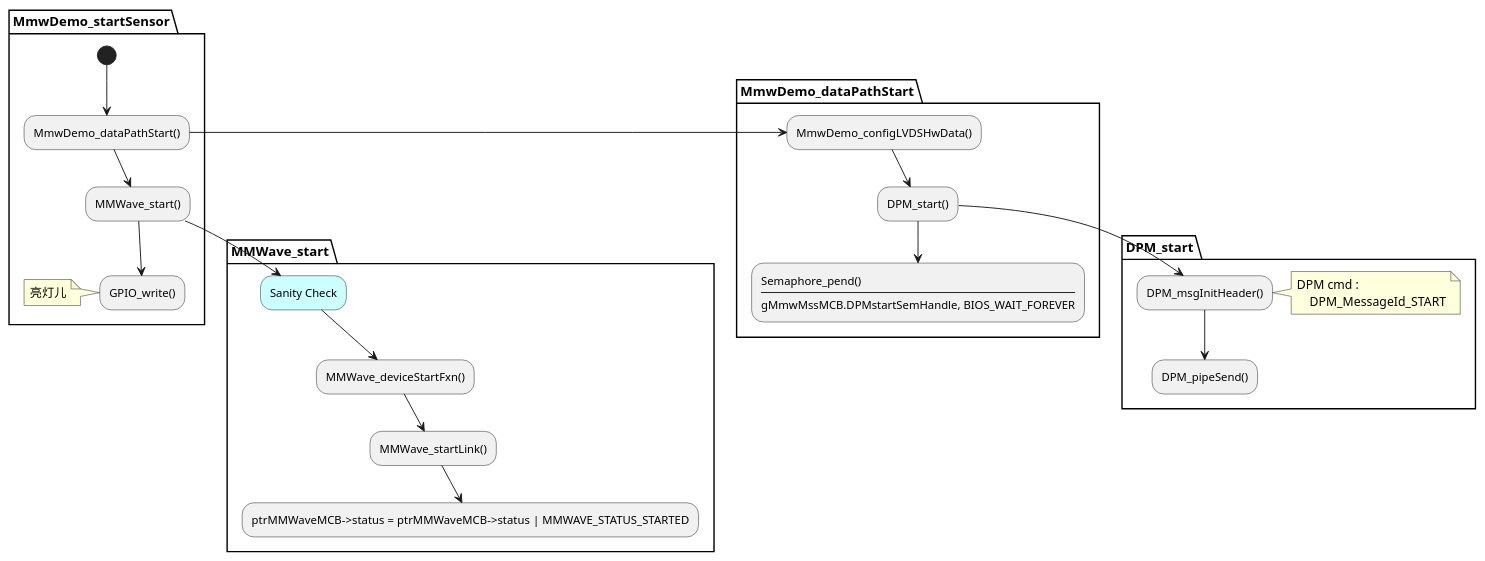
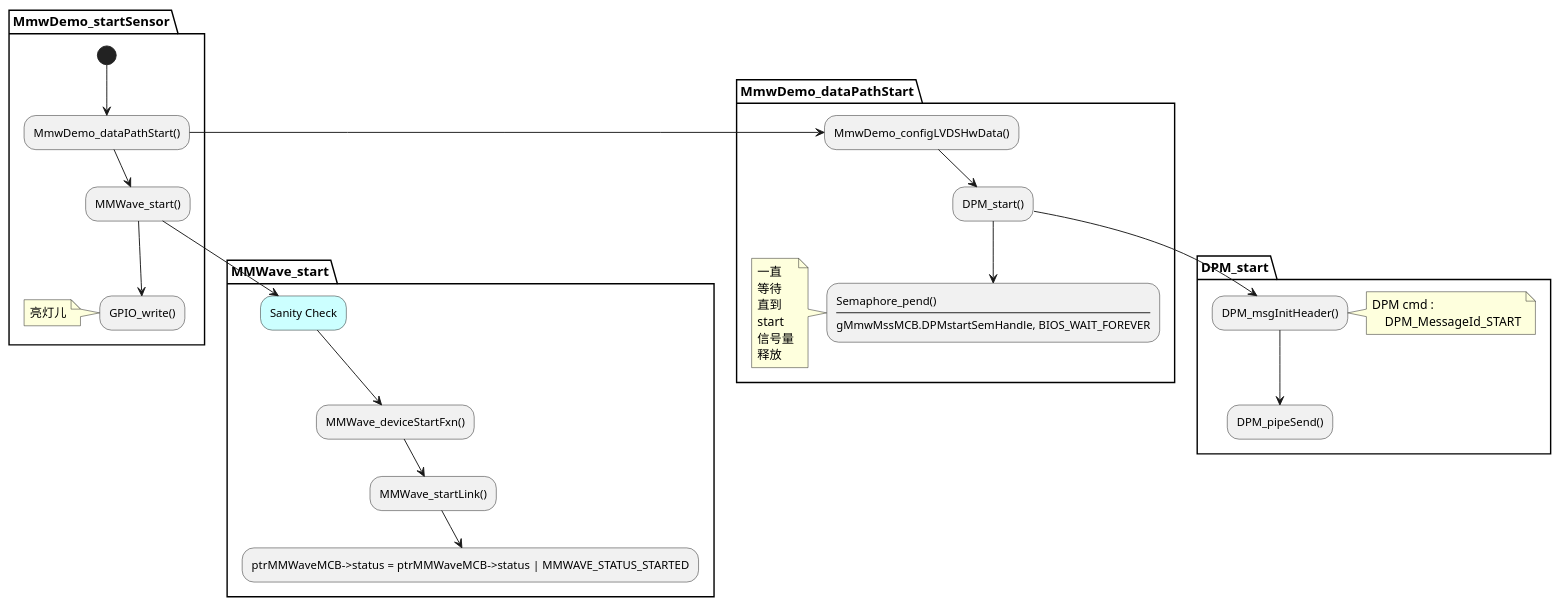
The fifth of 5 diagrams in whengetCLIcmd.plantuml (Mr-Bulijiojio/NotesTIproject), drawn with PlantUML before and after one commit. The commit also changed other lines of this file and 1 other file, not shown here.

```diff
--- a/whengetCLIcmd.plantuml
+++ b/whengetCLIcmd.plantuml
@@ -254,38 +255,48 @@
 @startuml MmwDemo_startSensor
 
     partition "MmwDemo_startSensor"
         (*)-->MmwDemo_dataPathStart()
         "MmwDemo_dataPathStart()"-->MMWave_start()
         -->GPIO_write()
 
         note left
             亮灯儿
         end note
     end partition
 
     partition "MmwDemo_dataPathStart"
         "MmwDemo_dataPathStart()" -> MmwDemo_configLVDSHwData()
         --> DPM_start()
         --> "Semaphore_pend()
         ----
-        gMmwMssMCB.DPMstartSemHandle, BIOS_WAIT_FOREVER"
+        gMmwMssMCB.DPMstartSemHandle, BIOS_WAIT_FOREVER" 
+        
+        note left
+            一直
+            等待
+            直到
+            start
+            信号量
+            释放
+        end note
+
     end partition
 
     partition "DPM_start"
         "DPM_start()" --> DPM_msgInitHeader()
 
         note right
             DPM cmd : 
                 DPM_MessageId_START
         end note
 
         --> DPM_pipeSend()
     end partition
 
     partition "MMWave_start"
         "MMWave_start()"--> Sanity Check #CCFFFF
         --> MMWave_deviceStartFxn()
         --> MMWave_startLink()
         --> ptrMMWaveMCB->status = ptrMMWaveMCB->status | MMWAVE_STATUS_STARTED
     end partition
 @enduml
```
